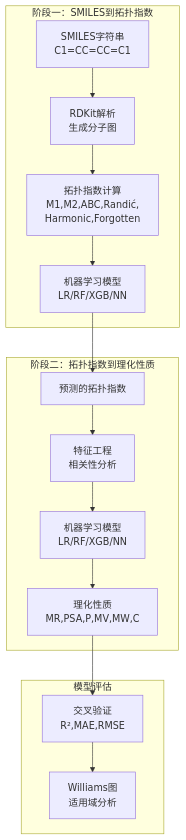
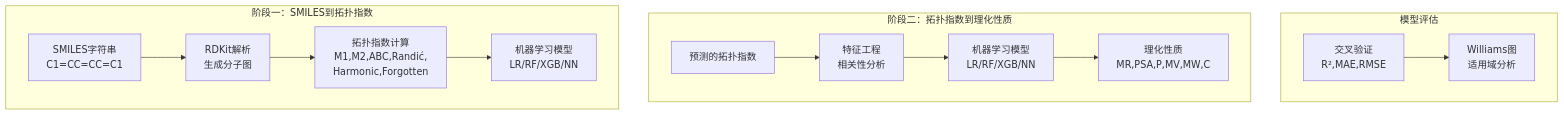
One commit to gxf1212/mendelevium changed the diagram in _pages/Machine Learning & AI/Representations/2025-10-21-graph-based-ml-antiviral-drugs.md. Above: the diagram before and after it, drawn with Mermaid. The commit also changed other lines of this file and 53 other files, not shown here.

````diff
--- a/_pages/Machine Learning & AI/Representations/2025-10-21-graph-based-ml-antiviral-drugs.md
+++ b/_pages/Machine Learning & AI/Representations/2025-10-21-graph-based-ml-antiviral-drugs.md
@@ -82,26 +82,25 @@
 ```mermaid
 graph TD
-    subgraph "阶段一：SMILES到拓扑指数"
-        A["SMILES字符串<br/>C1=CC=CC=C1"]
-        B["RDKit解析<br/>生成分子图"]
-        C["拓扑指数计算<br/>M1,M2,ABC,Randić,<br/>Harmonic,Forgotten"]
-        D["机器学习模型<br/>LR/RF/XGB/NN"]
-        A --> B --> C --> D
+
+    subgraph "模型评估"
+        I["交叉验证<br/>R²,MAE,RMSE"]
+        J["Williams图<br/>适用域分析"]
+        I --> J
     end
 
     subgraph "阶段二：拓扑指数到理化性质"
         E["预测的拓扑指数"]
         F["特征工程<br/>相关性分析"]
         G["机器学习模型<br/>LR/RF/XGB/NN"]
         H["理化性质<br/>MR,PSA,P,MV,MW,C"]
         E --> F --> G --> H
     end
-
-    D --> E
-
-    subgraph "模型评估"
-        I["交叉验证<br/>R²,MAE,RMSE"]
-        J["Williams图<br/>适用域分析"]
-        H --> I --> J
+    
+    subgraph "阶段一：SMILES到拓扑指数"
+        A["SMILES字符串<br/>C1=CC=CC=C1"]
+        B["RDKit解析<br/>生成分子图"]
+        C["拓扑指数计算<br/>M1,M2,ABC,Randić,<br/>Harmonic,Forgotten"]
+        D["机器学习模型<br/>LR/RF/XGB/NN"]
+        A --> B --> C --> D
     end
 ```
````
